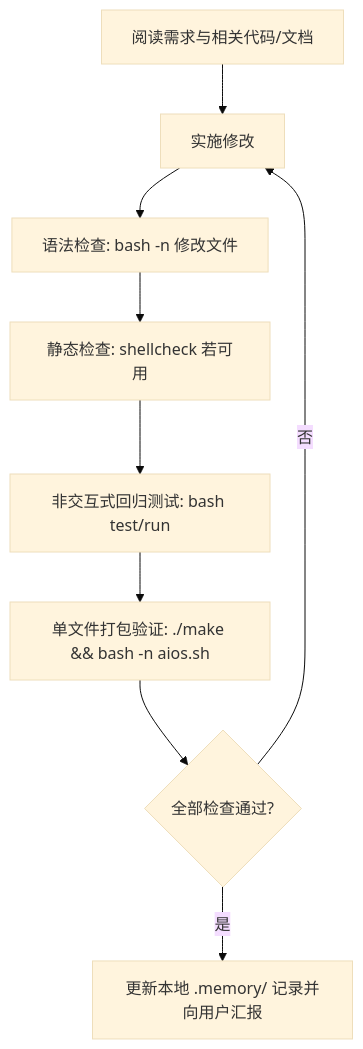
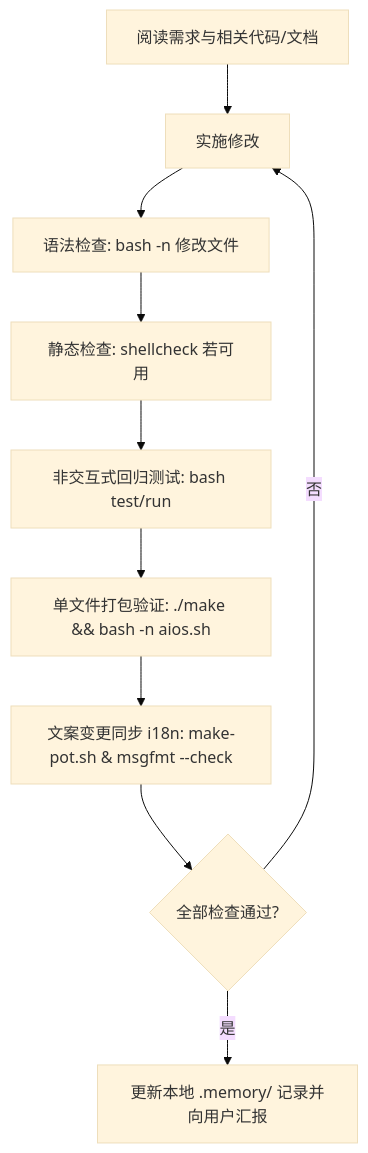
Before and after one commit to woniuzfb/aios: the diagram in AGENTS.md, drawn with Mermaid (base theme). The commit also changed other lines of this file and 341 other files, not shown here.

````diff
--- a/AGENTS.md
+++ b/AGENTS.md
@@ -160,11 +185,12 @@
 ```mermaid
 flowchart TD
     A[阅读需求与相关代码/文档] --> B[实施修改]
     B --> C[语法检查: bash -n 修改文件]
     C --> D[静态检查: shellcheck 若可用]
     D --> E[非交互式回归测试: bash test/run]
     E --> F[单文件打包验证: ./make && bash -n aios.sh]
-    F --> G{全部检查通过?}
+    F --> I[文案变更同步 i18n: make-pot.sh & msgfmt --check]
+    I --> G{全部检查通过?}
     G -- 否 --> B
     G -- 是 --> H[更新本地 .memory/ 记录并向用户汇报]
 ```
````
